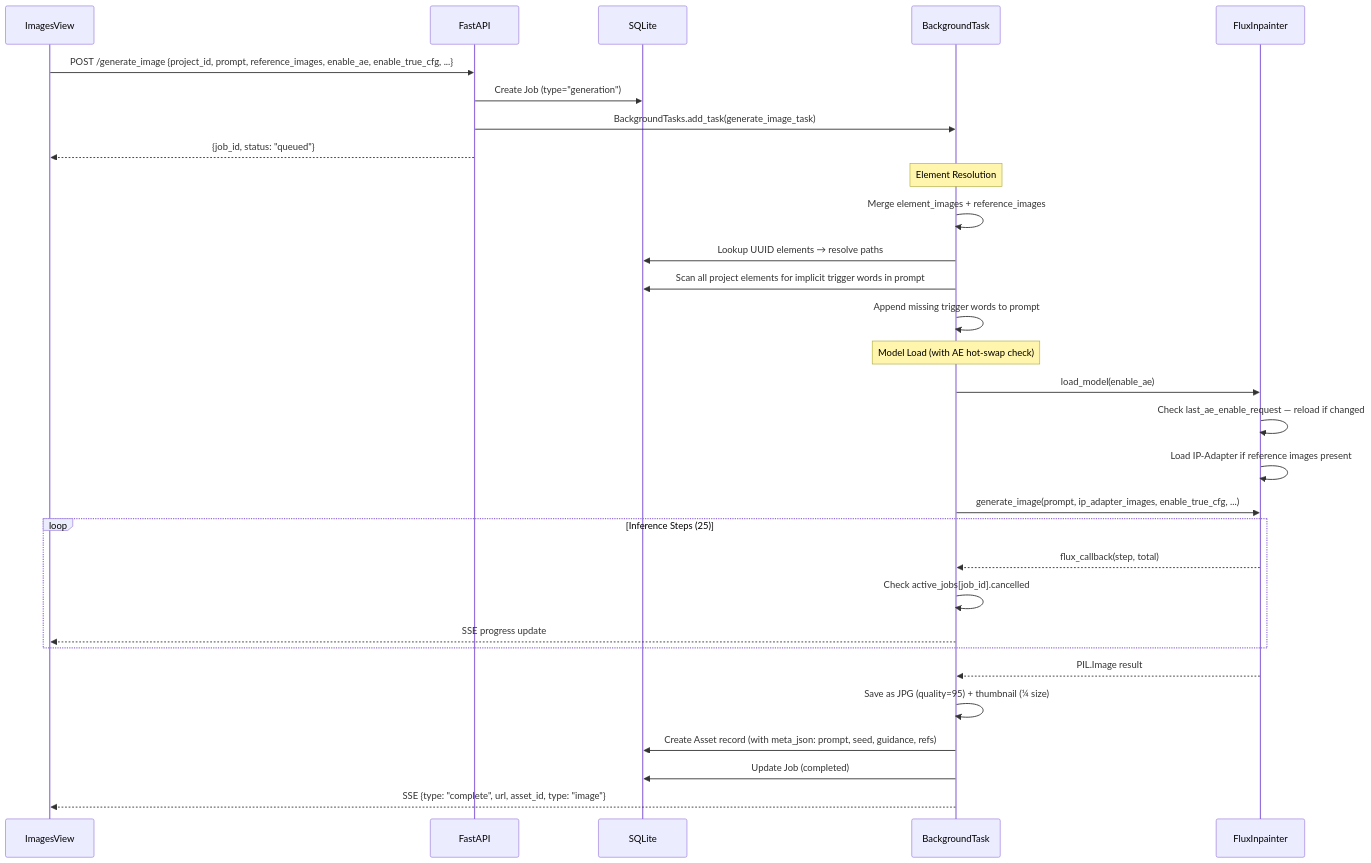
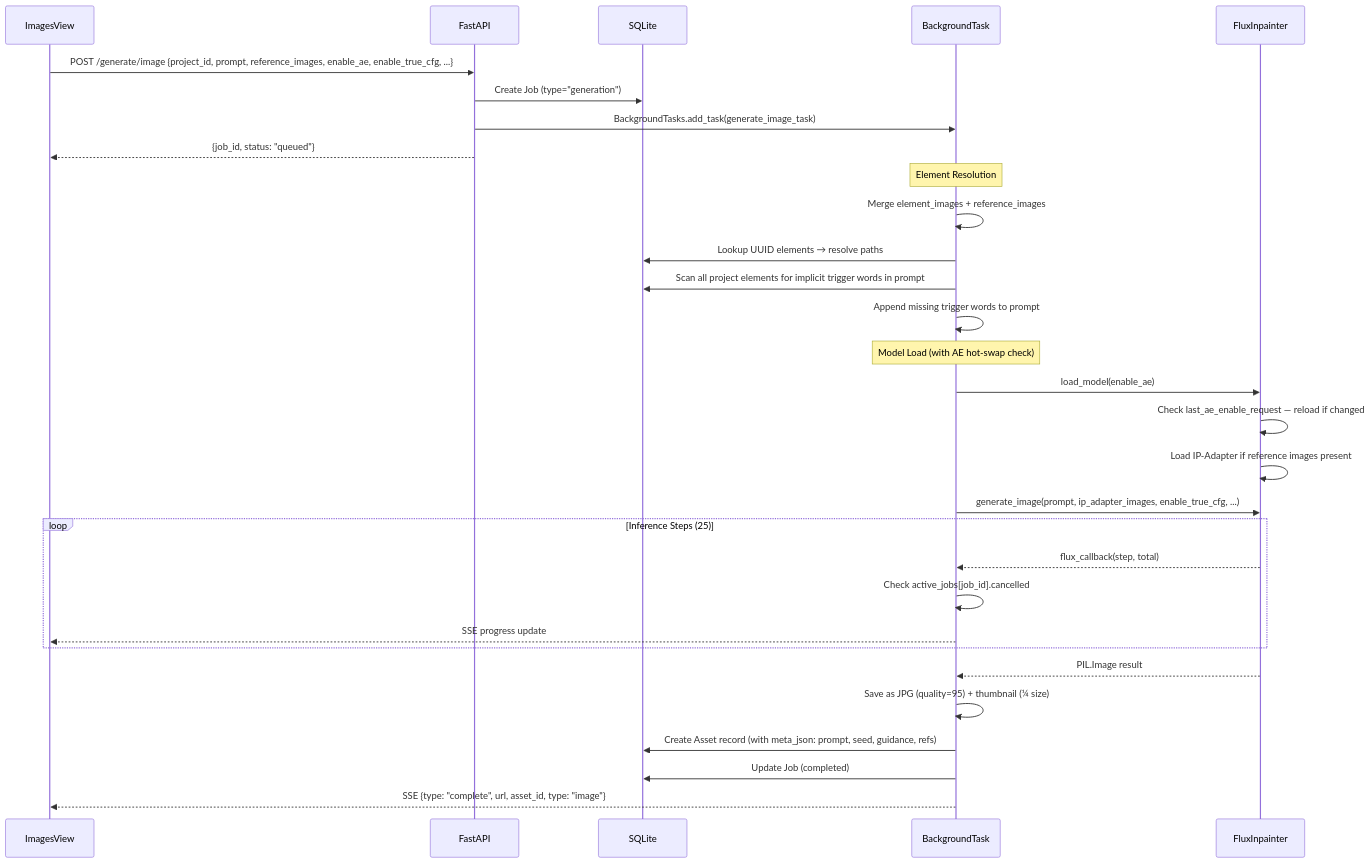
The second of 11 diagrams in docs/05_execution_flow.md (mainza-ai/milimovideo), drawn with Mermaid before and after one commit. The commit also changed other lines of this file and 142 other files, not shown here.

````diff
--- a/docs/05_execution_flow.md
+++ b/docs/05_execution_flow.md
@@ -92,38 +92,38 @@
 ```mermaid
 sequenceDiagram
     participant UI as ImagesView
     participant API as FastAPI
     participant DB as SQLite
     participant Worker as BackgroundTask
     participant Flux as FluxInpainter
 
-    UI->>API: POST /generate_image {project_id, prompt, reference_images, enable_ae, enable_true_cfg, ...}
+    UI->>API: POST /generate/image {project_id, prompt, reference_images, enable_ae, enable_true_cfg, ...}
     API->>DB: Create Job (type="generation")
     API->>Worker: BackgroundTasks.add_task(generate_image_task)
     API-->>UI: {job_id, status: "queued"}
 
     Note over Worker: Element Resolution
     Worker->>Worker: Merge element_images + reference_images
     Worker->>DB: Lookup UUID elements → resolve paths
     Worker->>DB: Scan all project elements for implicit trigger words in prompt
     Worker->>Worker: Append missing trigger words to prompt
 
     Note over Worker: Model Load (with AE hot-swap check)
     Worker->>Flux: load_model(enable_ae)
     Flux->>Flux: Check last_ae_enable_request — reload if changed
     Flux->>Flux: Load IP-Adapter if reference images present
 
     Worker->>Flux: generate_image(prompt, ip_adapter_images, enable_true_cfg, ...)
     
     loop Inference Steps (25)
         Flux-->>Worker: flux_callback(step, total)
         Worker->>Worker: Check active_jobs[job_id].cancelled
         Worker-->>UI: SSE progress update
     end
 
     Flux-->>Worker: PIL.Image result
     Worker->>Worker: Save as JPG (quality=95) + thumbnail (¼ size)
     Worker->>DB: Create Asset record (with meta_json: prompt, seed, guidance, refs)
     Worker->>DB: Update Job (completed)
     Worker-->>UI: SSE {type: "complete", url, asset_id, type: "image"}
 ```
````
